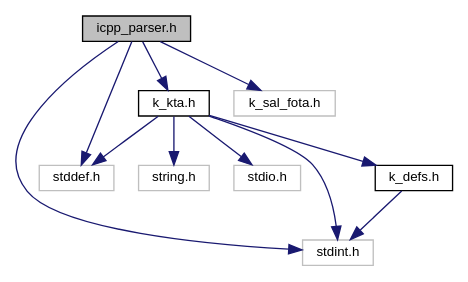
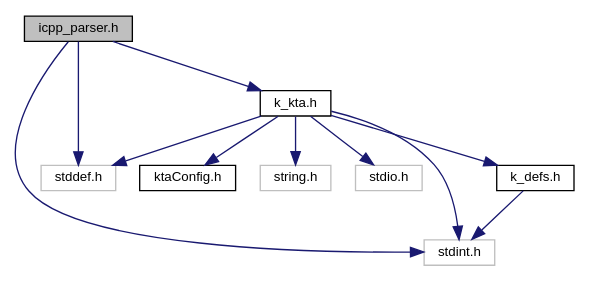
Before and after one commit to Kudelski-IoT/keySTREAM_provisioning: the diagram in docs/kta/doc/icpp__parser_8h__incl.dot, drawn with Graphviz. The commit also changed 260 other files, not shown here.

Commit message:
[Microchip Harmony - keySTREAM Trusted Agent] 1. Update Pre-configured apps 2. Update scripts 3. Added ktaConfig

```diff
--- a/docs/kta/doc/icpp__parser_8h__incl.dot
+++ b/docs/kta/doc/icpp__parser_8h__incl.dot
@@ -1,24 +1,24 @@
 digraph "icpp_parser.h"
 {
  // LATEX_PDF_SIZE
   edge [fontname="Helvetica",fontsize="10",labelfontname="Helvetica",labelfontsize="10"];
   node [fontname="Helvetica",fontsize="10",shape=record];
   Node1 [label="icpp_parser.h",height=0.2,width=0.4,color="black", fillcolor="grey75", style="filled", fontcolor="black",tooltip="keySTREAM Trusted Agent- ICPP parser to parse message received from keySTREAM."];
   Node1 -> Node2 [color="midnightblue",fontsize="10",style="solid",fontname="Helvetica"];
   Node2 [label="stddef.h",height=0.2,width=0.4,color="grey75", fillcolor="white", style="filled",tooltip=" "];
   Node1 -> Node3 [color="midnightblue",fontsize="10",style="solid",fontname="Helvetica"];
   Node3 [label="stdint.h",height=0.2,width=0.4,color="grey75", fillcolor="white", style="filled",tooltip=" "];
   Node1 -> Node4 [color="midnightblue",fontsize="10",style="solid",fontname="Helvetica"];
   Node4 [label="k_kta.h",height=0.2,width=0.4,color="black", fillcolor="white", style="filled",URL="$k__kta_8h.html",tooltip="keySTREAM Trusted Agent - Public interface."];
   Node4 -> Node5 [color="midnightblue",fontsize="10",style="solid",fontname="Helvetica"];
   Node5 [label="k_defs.h",height=0.2,width=0.4,color="black", fillcolor="white", style="filled",URL="$k__defs_8h.html",tooltip="keySTREAM Trusted Agent - Type definitions."];
   Node5 -> Node3 [color="midnightblue",fontsize="10",style="solid",fontname="Helvetica"];
+  Node4 -> Node6 [color="midnightblue",fontsize="10",style="solid",fontname="Helvetica"];
+  Node6 [label="ktaConfig.h",height=0.2,width=0.4,color="black", fillcolor="white", style="filled",URL="$kta_config_8h.html",tooltip="Configuration file for keySTREAM Trusted Agent."];
   Node4 -> Node2 [color="midnightblue",fontsize="10",style="solid",fontname="Helvetica"];
   Node4 -> Node3 [color="midnightblue",fontsize="10",style="solid",fontname="Helvetica"];
-  Node4 -> Node6 [color="midnightblue",fontsize="10",style="solid",fontname="Helvetica"];
-  Node6 [label="string.h",height=0.2,width=0.4,color="grey75", fillcolor="white", style="filled",tooltip=" "];
   Node4 -> Node7 [color="midnightblue",fontsize="10",style="solid",fontname="Helvetica"];
-  Node7 [label="stdio.h",height=0.2,width=0.4,color="grey75", fillcolor="white", style="filled",tooltip=" "];
-  Node1 -> Node8 [color="midnightblue",fontsize="10",style="solid",fontname="Helvetica"];
-  Node8 [label="k_sal_fota.h",height=0.2,width=0.4,color="grey75", fillcolor="white", style="filled",tooltip=" "];
+  Node7 [label="string.h",height=0.2,width=0.4,color="grey75", fillcolor="white", style="filled",tooltip=" "];
+  Node4 -> Node8 [color="midnightblue",fontsize="10",style="solid",fontname="Helvetica"];
+  Node8 [label="stdio.h",height=0.2,width=0.4,color="grey75", fillcolor="white", style="filled",tooltip=" "];
 }
```
